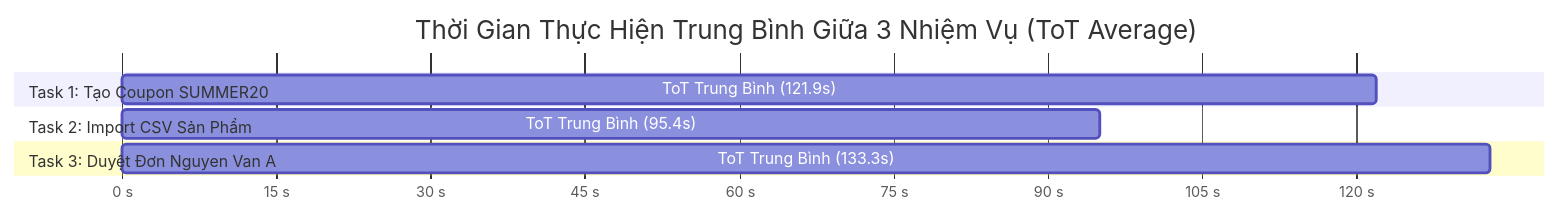
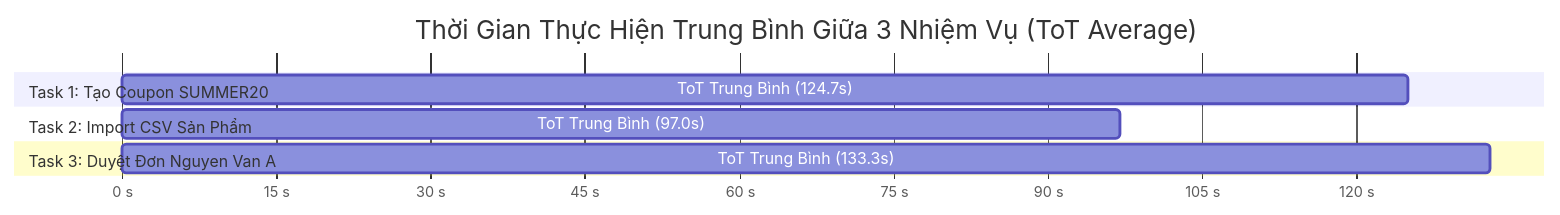
The first of 2 diagrams in usability/03_observation_notes.md (Hidebray/Homework-week03-SoftwareTesting), drawn with Mermaid before and after one commit. The commit also changed other lines of this file and 46 other files, not shown here.

````diff
--- a/usability/03_observation_notes.md
+++ b/usability/03_observation_notes.md
@@ -18,12 +18,12 @@
 ```mermaid
 gantt
     title Thời Gian Thực Hiện Trung Bình Giữa 3 Nhiệm Vụ (ToT Average)
     dateFormat X
     axisFormat %s s
     section Task 1: Tạo Coupon SUMMER20
-    ToT Trung Bình (121.9s) : 0, 122
+    ToT Trung Bình (124.7s) : 0, 125
     section Task 2: Import CSV Sản Phẩm
-    ToT Trung Bình (95.4s)  : 0, 95
+    ToT Trung Bình (97.0s)  : 0, 97
     section Task 3: Duyệt Đơn Nguyen Van A
     ToT Trung Bình (133.3s) : 0, 133
 ```
````
